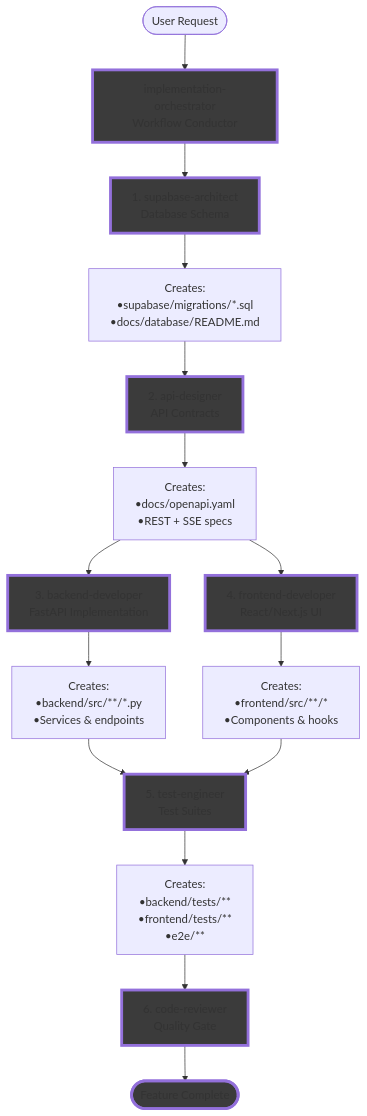
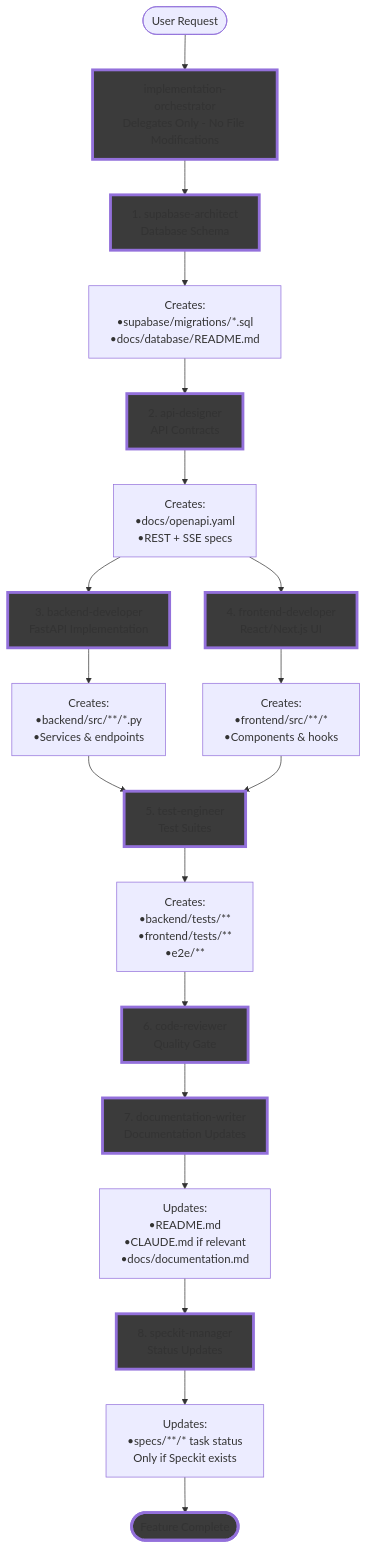
One commit to bodis/agents changed the diagram in README.md. Above: the diagram before and after it, drawn with Mermaid. The commit also changed other lines of this file and 6 other files, not shown here.

````diff
--- a/README.md
+++ b/README.md
@@ -50,32 +50,40 @@
 ```mermaid
 flowchart TD
-    Start([User Request]) --> Orchestrator[implementation-orchestrator<br/>Workflow Conductor]
+    Start([User Request]) --> Orchestrator[implementation-orchestrator<br/>Delegates Only - No File Modifications]
 
     Orchestrator --> DB[1. supabase-architect<br/>Database Schema]
     DB --> DBFiles[Creates:<br/>•supabase/migrations/*.sql<br/>•docs/database/README.md]
 
     DBFiles --> API[2. api-designer<br/>API Contracts]
     API --> APIFiles[Creates:<br/>•docs/openapi.yaml<br/>•REST + SSE specs]
 
     APIFiles --> Backend[3. backend-developer<br/>FastAPI Implementation]
     Backend --> BackendFiles[Creates:<br/>•backend/src/**/*.py<br/>•Services & endpoints]
 
     APIFiles --> Frontend[4. frontend-developer<br/>React/Next.js UI]
     Frontend --> FrontendFiles[Creates:<br/>•frontend/src/**/*<br/>•Components & hooks]
 
     BackendFiles --> Tests[5. test-engineer<br/>Test Suites]
     FrontendFiles --> Tests
     Tests --> TestFiles[Creates:<br/>•backend/tests/**<br/>•frontend/tests/**<br/>•e2e/**]
 
     TestFiles --> Review[6. code-reviewer<br/>Quality Gate]
-    Review --> Complete([Feature Complete])
+    Review --> Docs[7. documentation-writer<br/>Documentation Updates]
+    Docs --> DocsFiles[Updates:<br/>•README.md<br/>•CLAUDE.md if relevant<br/>•docs/documentation.md]
+
+    DocsFiles --> Speckit[8. speckit-manager<br/>Status Updates]
+    Speckit --> SpeckitFiles[Updates:<br/>•specs/**/* task status<br/>Only if Speckit exists]
+
+    SpeckitFiles --> Complete([Feature Complete])
 
     style Orchestrator fill:#3b3b3b,stroke-width:4px
     style DB fill:#3b3b3b,stroke-width:4px
     style API fill:#3b3b3b,stroke-width:4px
     style Backend fill:#3b3b3b,stroke-width:4px
     style Frontend fill:#3b3b3b,stroke-width:4px
     style Tests fill:#3b3b3b,stroke-width:4px
     style Review fill:#3b3b3b,stroke-width:4px
+    style Docs fill:#3b3b3b,stroke-width:4px
+    style Speckit fill:#3b3b3b,stroke-width:4px
     style Complete fill:#3b3b3b,stroke-width:4px
 ```
````
